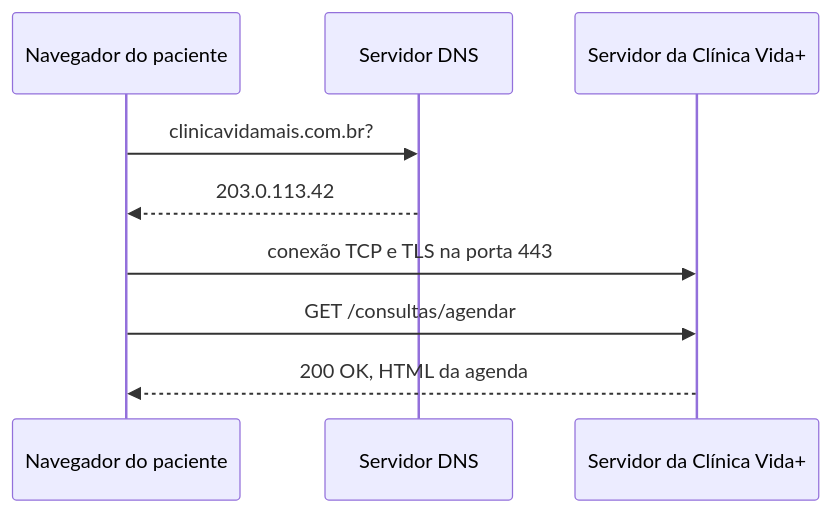
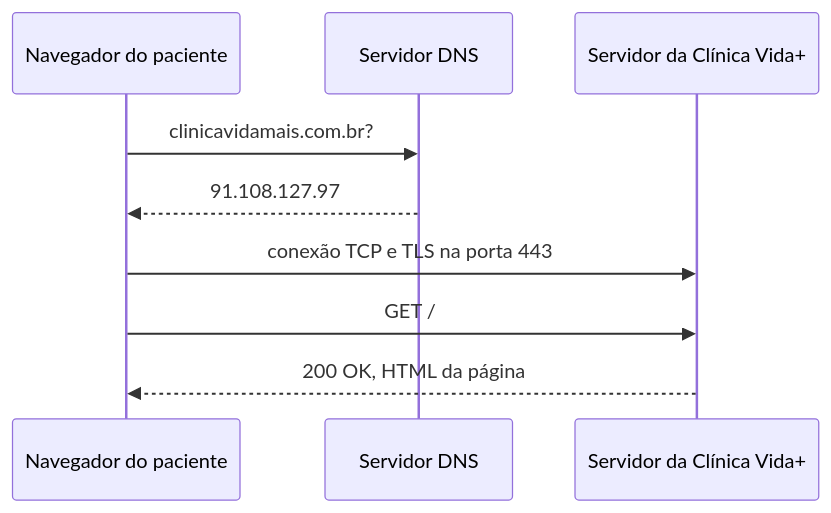
Before and after one commit to washingtonsousa01/uninove-2026-2-clinica-vida: the diagram in docs/arquitetura.md, drawn with Mermaid. The commit also changed other lines of this file, not shown here.

````diff
--- a/docs/arquitetura.md
+++ b/docs/arquitetura.md
@@ -3,11 +3,11 @@
 ```mermaid
 sequenceDiagram
 participant N as Navegador do paciente
 participant D as Servidor DNS
 participant S as Servidor da Clínica Vida+
 N->>D: clinicavidamais.com.br?
-D-->>N: 203.0.113.42
+D-->>N: 91.108.127.97
 N->>S: conexão TCP e TLS na porta 443
-N->>S: GET /consultas/agendar
-S-->>N: 200 OK, HTML da agenda
+N->>S: GET /
+S-->>N: 200 OK, HTML da página
 ```
````
